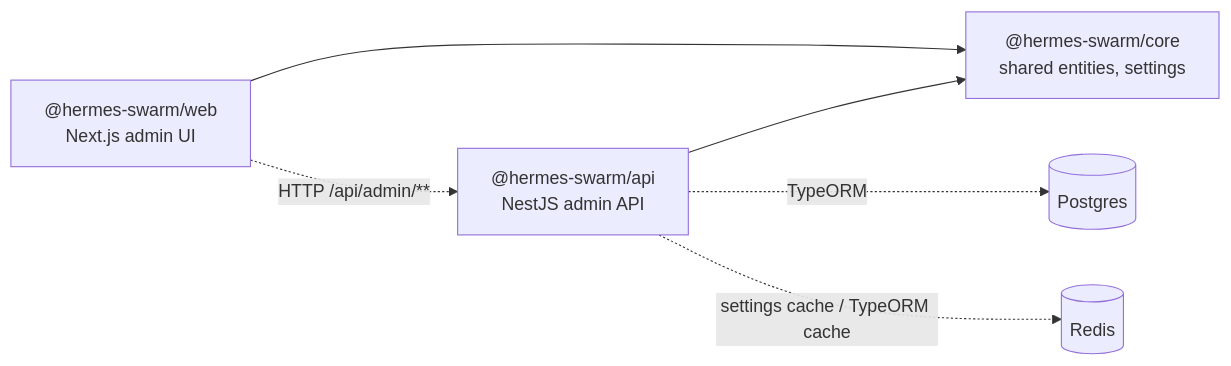
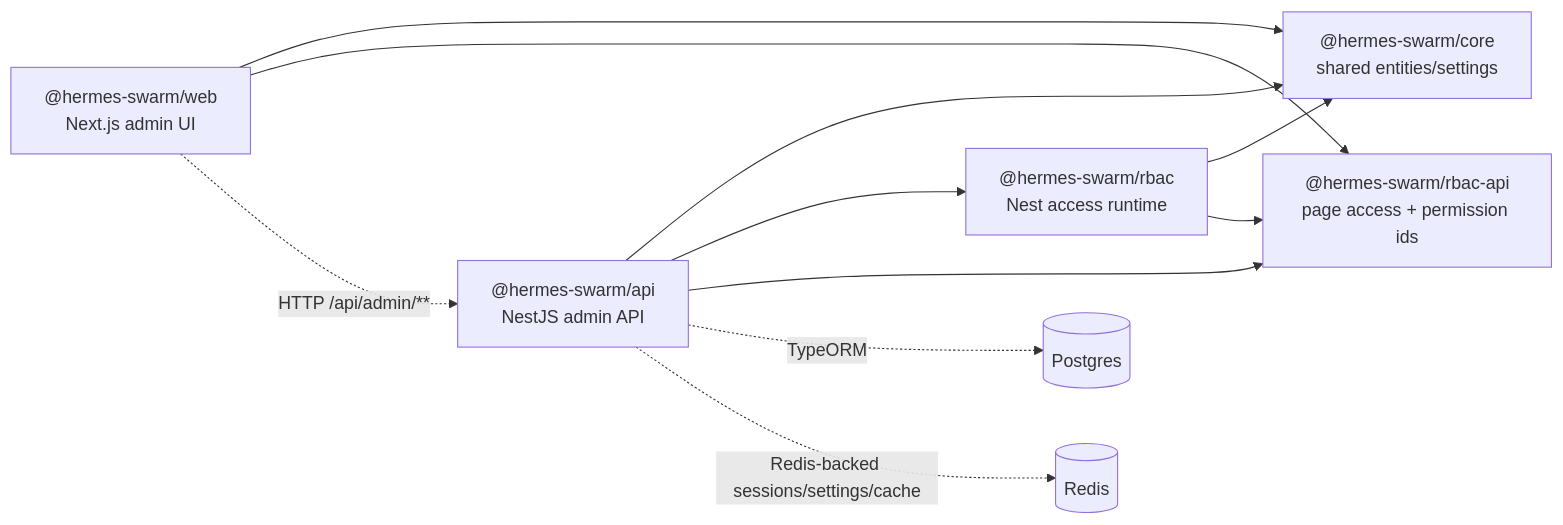
One commit to AyalaKaguya/hermes-swarm changed the first of 6 diagrams in docs/current-module-reference-graph.md. Above: the diagram before and after it, drawn with Mermaid. The commit also changed other lines of this file and 13 other files, not shown here.

Commit message:
Rename permission decorators to access decorators

````diff
--- a/docs/current-module-reference-graph.md
+++ b/docs/current-module-reference-graph.md
@@ -11,8 +17,13 @@
 ```mermaid
 flowchart LR
-  Web["@hermes-swarm/web<br/>Next.js admin UI"] --> Core["@hermes-swarm/core<br/>shared entities, settings"]
+  Web["@hermes-swarm/web<br/>Next.js admin UI"] --> Core["@hermes-swarm/core<br/>shared entities/settings"]
+  Web --> RbacApi["@hermes-swarm/rbac-api<br/>page access + permission ids"]
   Api["@hermes-swarm/api<br/>NestJS admin API"] --> Core
+  Api --> Rbac["@hermes-swarm/rbac<br/>Nest access runtime"]
+  Api --> RbacApi
+  Rbac --> Core
+  Rbac --> RbacApi
   Web -. "HTTP /api/admin/**" .-> Api
   Api -. "TypeORM" .-> Postgres[("Postgres")]
-  Api -. "settings cache / TypeORM cache" .-> Redis[("Redis")]
+  Api -. "Redis-backed sessions/settings/cache" .-> Redis[("Redis")]
 ```
````
